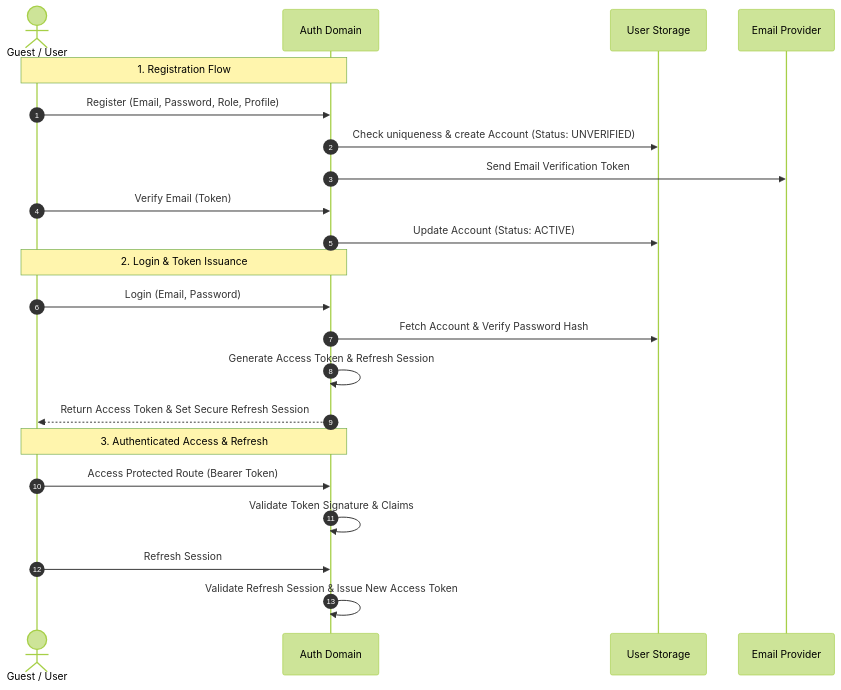
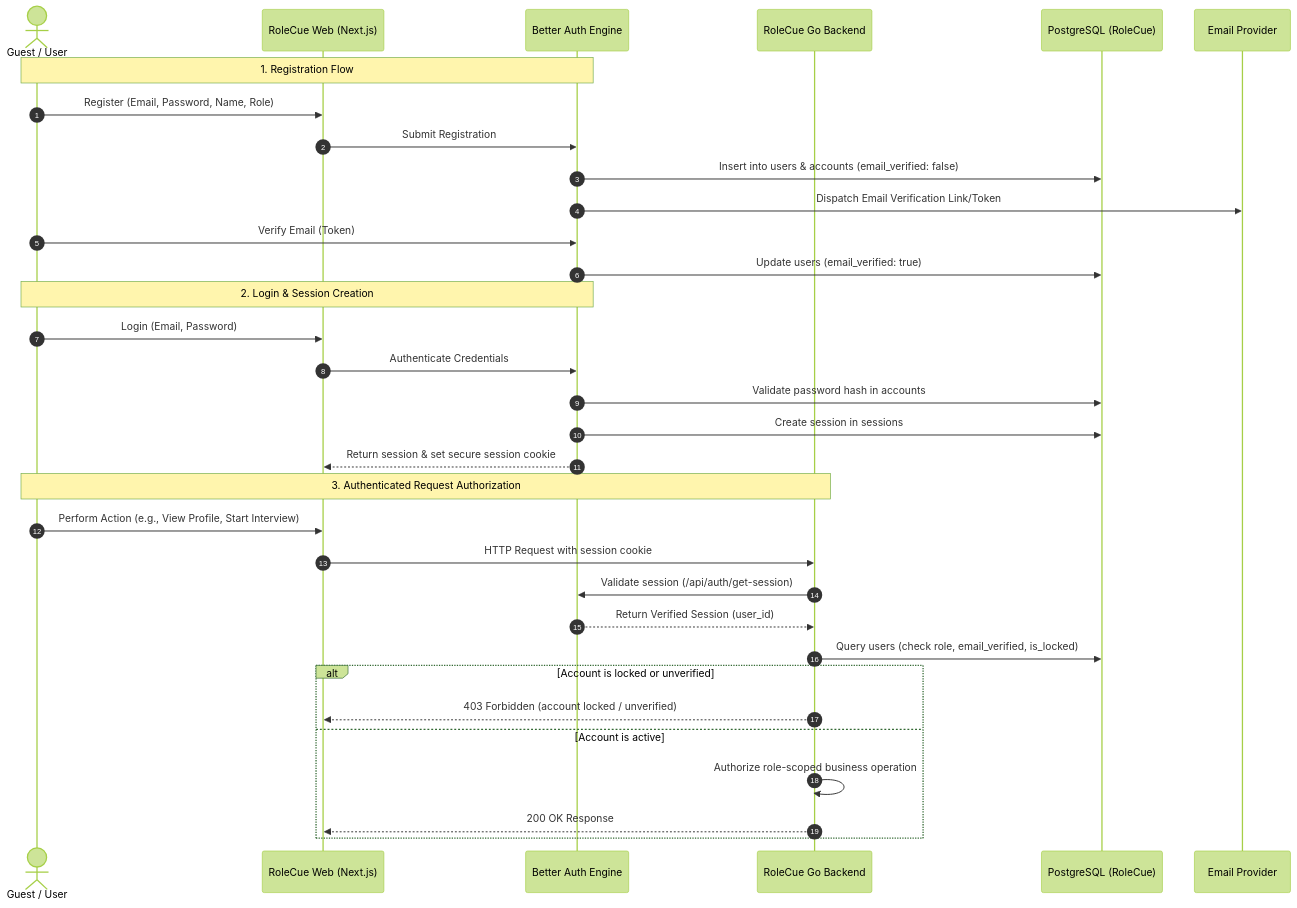
The diagram in 01_Domains/Auth/README.md (cog-forge/role-cue-brain), drawn with Mermaid (forest theme) before and after one commit. The commit also changed other lines of this file and 11 other files, not shown here.

Commit message:
docs: synchronize brain with final RoleCue contract

````diff
--- a/01_Domains/Auth/README.md
+++ b/01_Domains/Auth/README.md
@@ -59,27 +63,38 @@
 ```mermaid
 sequenceDiagram
     autonumber
     actor User as Guest / User
-    participant Auth as Auth Domain
-    participant DB as User Storage
+    participant Frontend as RoleCue Web (Next.js)
+    participant BetterAuth as Better Auth Engine
+    participant GoAPI as RoleCue Go Backend
+    participant DB as PostgreSQL (RoleCue)
     participant Mail as Email Provider
 
-    Note over User,Auth: 1. Registration Flow
-    User->>Auth: Register (Email, Password, Role, Profile)
-    Auth->>DB: Check uniqueness & create Account (Status: UNVERIFIED)
-    Auth->>Mail: Send Email Verification Token
-    User->>Auth: Verify Email (Token)
-    Auth->>DB: Update Account (Status: ACTIVE)
+    Note over User,BetterAuth: 1. Registration Flow
+    User->>Frontend: Register (Email, Password, Name, Role)
+    Frontend->>BetterAuth: Submit Registration
+    BetterAuth->>DB: Insert into users & accounts (email_verified: false)
+    BetterAuth->>Mail: Dispatch Email Verification Link/Token
+    User->>BetterAuth: Verify Email (Token)
+    BetterAuth->>DB: Update users (email_verified: true)
 
-    Note over User,Auth: 2. Login & Token Issuance
-    User->>Auth: Login (Email, Password)
-    Auth->>DB: Fetch Account & Verify Password Hash
-    Auth->>Auth: Generate Access Token & Refresh Session
-    Auth-->>User: Return Access Token & Set Secure Refresh Session
+    Note over User,BetterAuth: 2. Login & Session Creation
+    User->>Frontend: Login (Email, Password)
+    Frontend->>BetterAuth: Authenticate Credentials
+    BetterAuth->>DB: Validate password hash in accounts
+    BetterAuth->>DB: Create session in sessions
+    BetterAuth-->>Frontend: Return session & set secure session cookie
 
-    Note over User,Auth: 3. Authenticated Access & Refresh
-    User->>Auth: Access Protected Route (Bearer Token)
-    Auth->>Auth: Validate Token Signature & Claims
-    User->>Auth: Refresh Session
-    Auth->>Auth: Validate Refresh Session & Issue New Access Token
+    Note over User,GoAPI: 3. Authenticated Request Authorization
+    User->>Frontend: Perform Action (e.g., View Profile, Start Interview)
+    Frontend->>GoAPI: HTTP Request with session cookie
+    GoAPI->>BetterAuth: Validate session (/api/auth/get-session)
+    BetterAuth-->>GoAPI: Return Verified Session (user_id)
+    GoAPI->>DB: Query users (check role, email_verified, is_locked)
+    alt Account is locked or unverified
+        GoAPI-->>Frontend: 403 Forbidden (account locked / unverified)
+    else Account is active
+        GoAPI->>GoAPI: Authorize role-scoped business operation
+        GoAPI-->>Frontend: 200 OK Response
+    end
 ```
````
